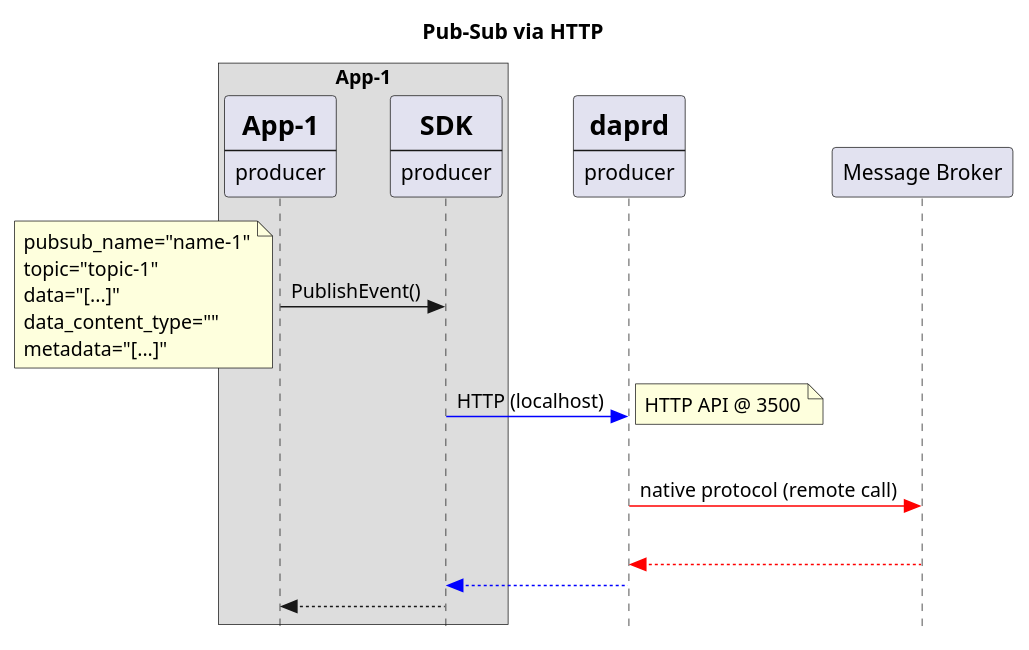
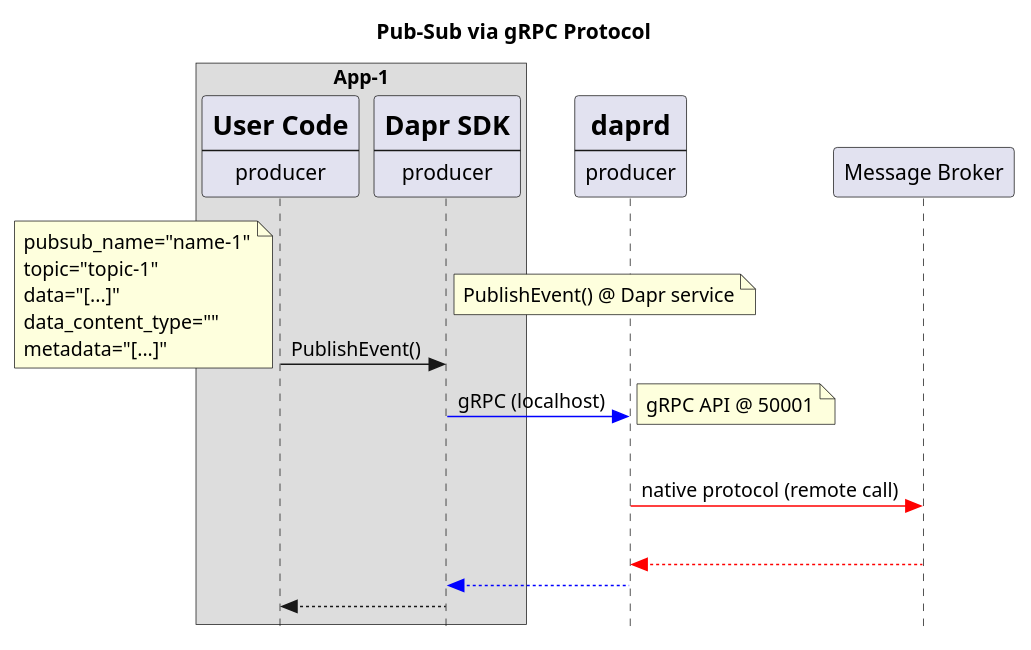
One commit to skyao/learning-dapr changed the first of 2 diagrams in content/sources/pub-sub/publish-process/overview.md. Above: the diagram before and after it, drawn with PlantUML. The commit also changed other lines of this file and 11 other files, not shown here.

````diff
--- a/content/sources/pub-sub/publish-process/overview.md
+++ b/content/sources/pub-sub/publish-process/overview.md
@@ -23,34 +137,35 @@
 ```plantuml
-title Pub-Sub via HTTP
+title Pub-Sub via gRPC Protocol
 hide footbox
 skinparam style strictuml
 box "App-1"
 participant user_code_client [
-    =App-1
+    =User Code
     ----
     producer
 ]
 participant SDK_client [
-    =SDK
+    =Dapr SDK
     ----
     producer
 ]
 end box
 participant daprd_client [
     =daprd
     ----
     producer
 ]
 participant message_broker as "Message Broker"
 
 user_code_client -> SDK_client : PublishEvent() 
 note left: pubsub_name="name-1"\ntopic="topic-1"\ndata="[...]"\ndata_content_type=""\nmetadata="[...]"
-SDK_client -[#blue]> daprd_client : HTTP (localhost)
-note right: HTTP API @ 3500
+note right: PublishEvent() @ Dapr service
+SDK_client -[#blue]> daprd_client : gRPC (localhost)
+note right: gRPC API @ 50001
 |||
 daprd_client -[#red]> message_broker : native protocol (remote call)
 |||
 message_broker --[#red]> daprd_client :
 SDK_client <[#blue]-- daprd_client
 user_code_client <-- SDK_client
 ```
````
